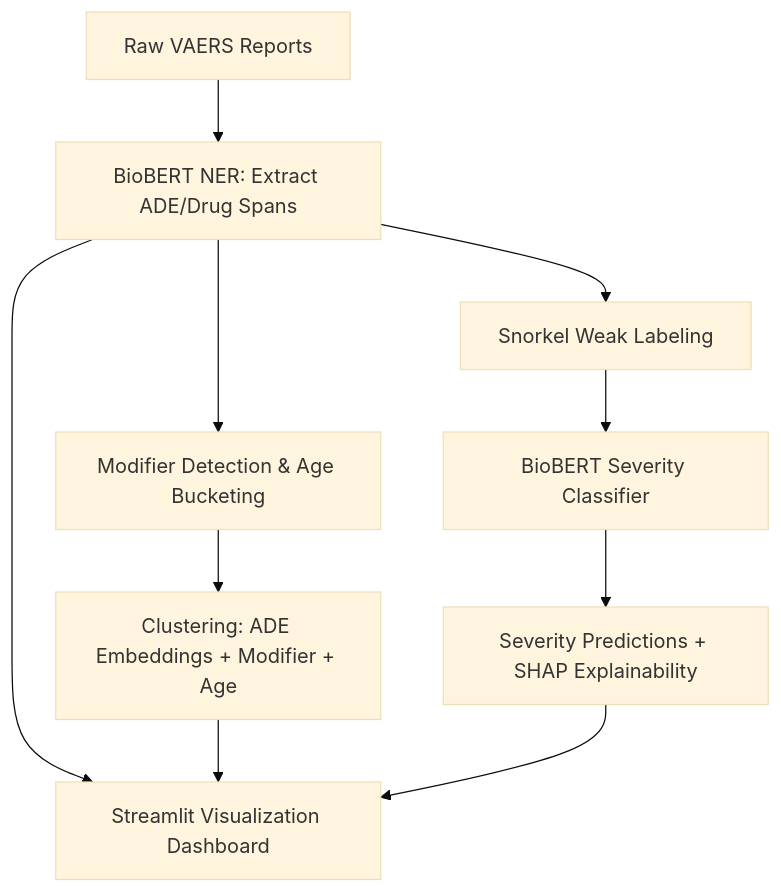
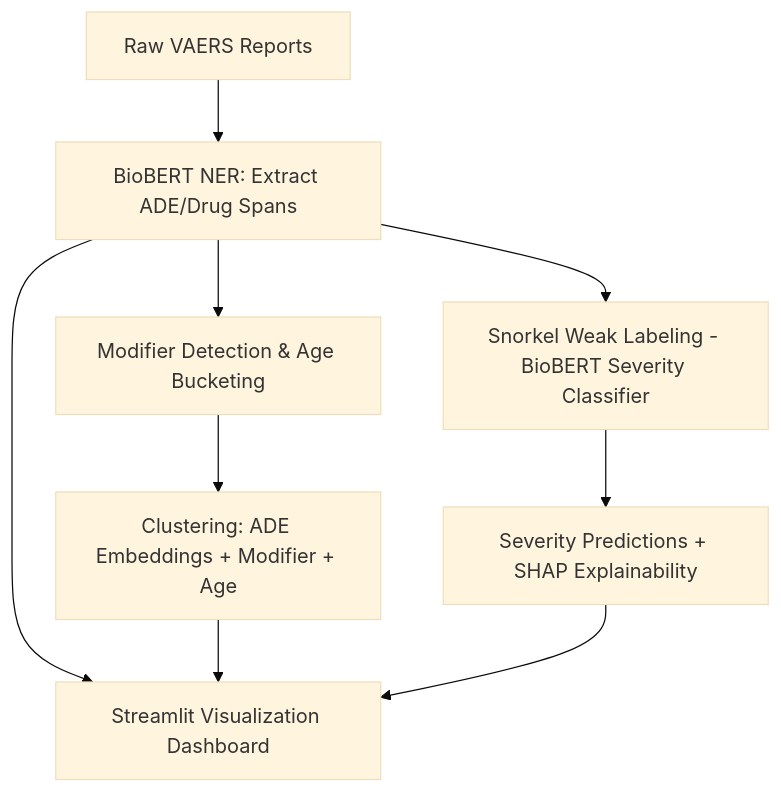
The second of 2 diagrams in README.md (Sugiuma/ADEGuard), drawn with Mermaid (base theme) before and after one commit.

````diff
--- a/README.md
+++ b/README.md
@@ -105,15 +105,14 @@
 ```mermaid
 flowchart TD
 A[Raw VAERS Reports] --> B[BioBERT NER: Extract ADE/Drug Spans]
 %% Modifier & Age + Clustering
 B --> C[Modifier Detection & Age Bucketing]
 C --> D[Clustering: ADE Embeddings + Modifier + Age]
 %% Weak Labeling + Severity Classifier
-B --> E[Snorkel Weak Labeling]
-E --> F[BioBERT Severity Classifier]
-F --> G[Severity Predictions + SHAP Explainability]
+B --> E[Snorkel Weak Labeling - BioBERT Severity Classifier]
+E--> F[Severity Predictions + SHAP Explainability]
 %% Streamlit UI
 B --> H[Streamlit Visualization Dashboard]
 D --> H
-G --> H
+F --> H
 ```
````
